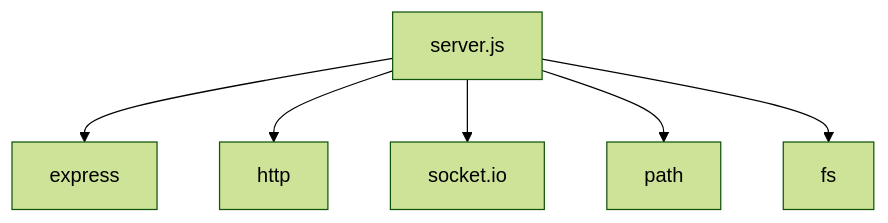
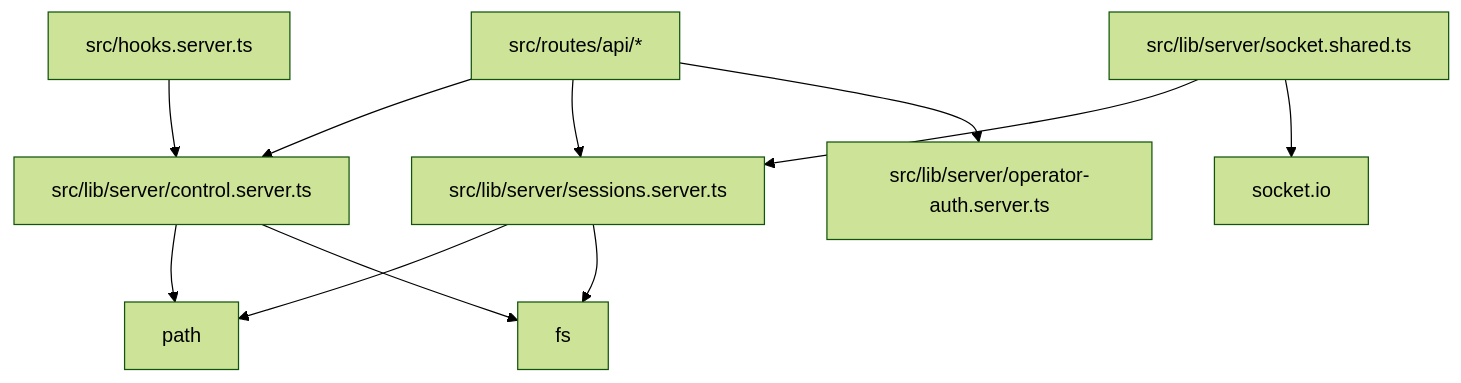
One commit to snowfallsout/colorfield changed the sixth of 12 diagrams in devnotes/ARCHITECTURE.md. Above: the diagram before and after it, drawn with Mermaid (forest theme). The commit also changed other lines of this file and 1 other file, not shown here.

````diff
--- a/devnotes/ARCHITECTURE.md
+++ b/devnotes/ARCHITECTURE.md
@@ -219,15 +311,23 @@
 ```mermaid
 graph TD
-  serverjs[server.js]
-  express[express]
-  http[http]
+  api[src/routes/api/*]
+  hooks[src/hooks.server.ts]
+  controlServer[src/lib/server/control.server.ts]
+  sessionsServer[src/lib/server/sessions.server.ts]
+  socketShared[src/lib/server/socket.shared.ts]
+  auth[src/lib/server/operator-auth.server.ts]
   socketio[socket.io]
   path[path]
   fs[fs]
 
-  serverjs --> express
-  serverjs --> http
-  serverjs --> socketio
-  serverjs --> path
-  serverjs --> fs
+  api --> controlServer
+  api --> sessionsServer
+  api --> auth
+  hooks --> controlServer
+  socketShared --> sessionsServer
+  socketShared --> socketio
+  controlServer --> path
+  controlServer --> fs
+  sessionsServer --> path
+  sessionsServer --> fs
 ```
````
